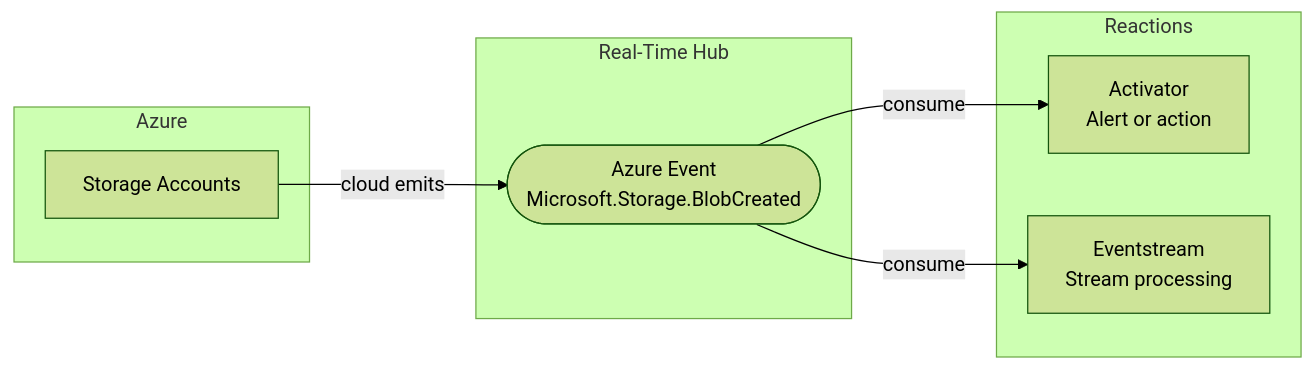
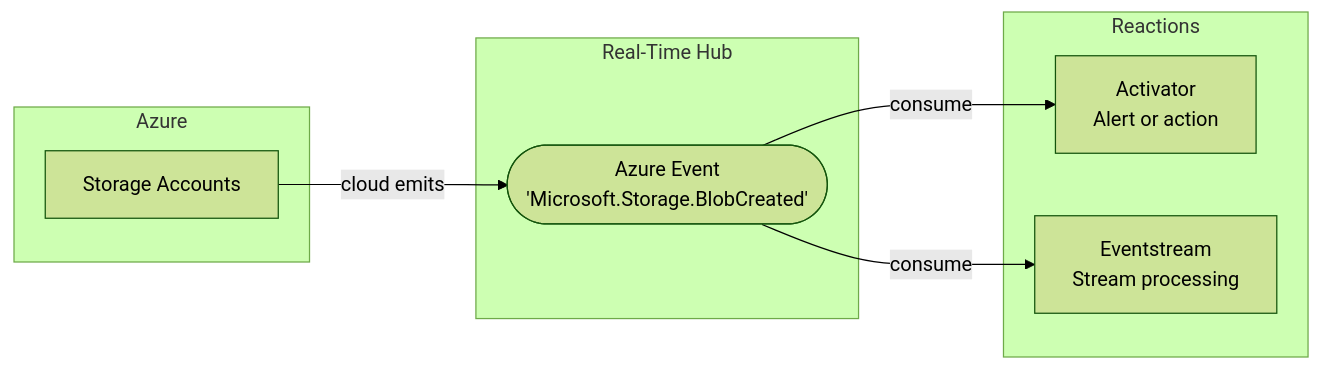
Before and after one commit to microsoft/fabric-events: the third of 3 diagrams in docs/business-events/design-guides/event-driven-architectures.md, drawn with Mermaid (forest theme). The commit also changed other lines of this file and 9 other files, not shown here.

First line of the commit message:
Standardize Business Event diagram nodes across all articles

````diff
--- a/docs/business-events/design-guides/event-driven-architectures.md
+++ b/docs/business-events/design-guides/event-driven-architectures.md
@@ -69,19 +69,19 @@
 ```mermaid
 flowchart LR
     subgraph Azure
         SA[Storage Accounts]
     end
 
     subgraph RTH[Real-Time Hub]
-        AE([Azure Event\nMicrosoft.Storage.BlobCreated])
+        AE([Azure Event\n'Microsoft.Storage.BlobCreated'])
     end
 
     subgraph Reactions
         ACT[Activator\nAlert or action]
         ES[Eventstream\nStream processing]
     end
 
     SA -->|cloud emits| AE
     AE -->|consume| ACT
     AE -->|consume| ES
 ```
````
